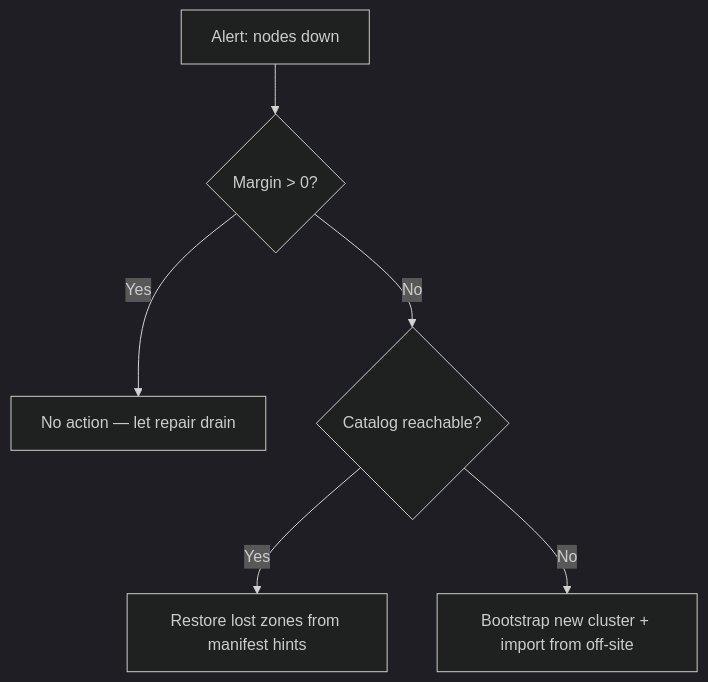
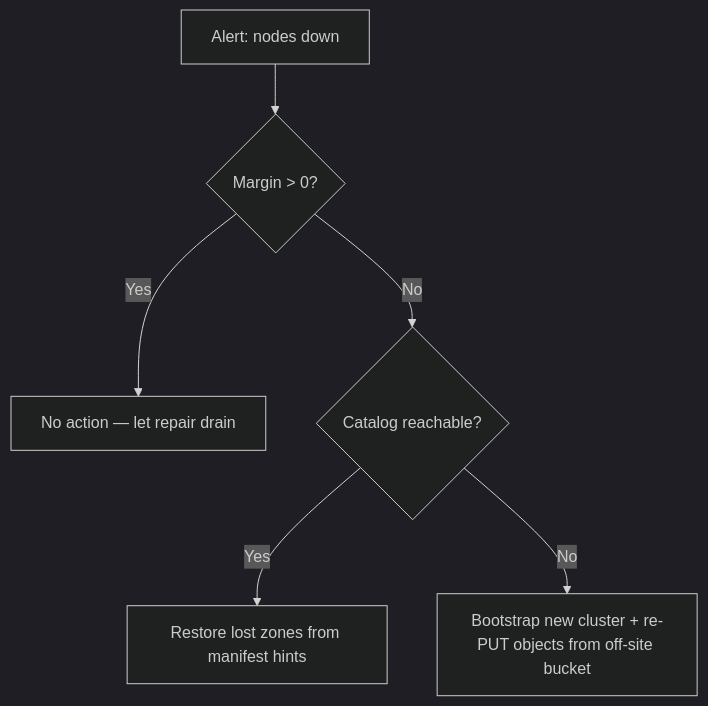
The diagram in docs/operations.md (rmorenko/holofs), drawn with Mermaid (dark theme) before and after one commit. The commit also changed other lines of this file and 8 other files, not shown here.

````diff
--- a/docs/operations.md
+++ b/docs/operations.md
@@ -784,8 +791,8 @@
 ```mermaid
 flowchart TD
     A[Alert: nodes down] --> B{Margin > 0?}
     B -- Yes --> C[No action — let repair drain]
     B -- No  --> D{Catalog reachable?}
     D -- Yes --> E[Restore lost zones from manifest hints]
-    D -- No  --> F[Bootstrap new cluster + import from off-site]
+    D -- No  --> F[Bootstrap new cluster + re-PUT objects from off-site bucket]
 ```
````
